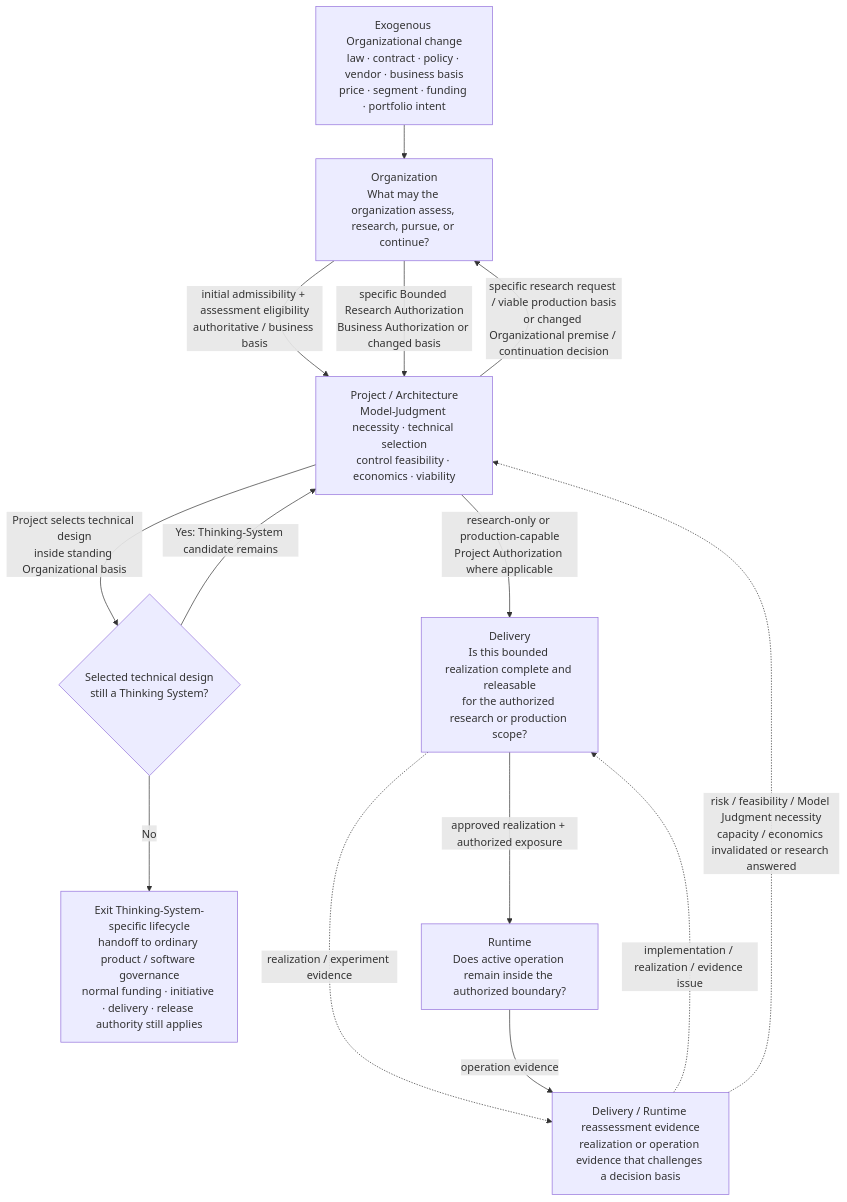
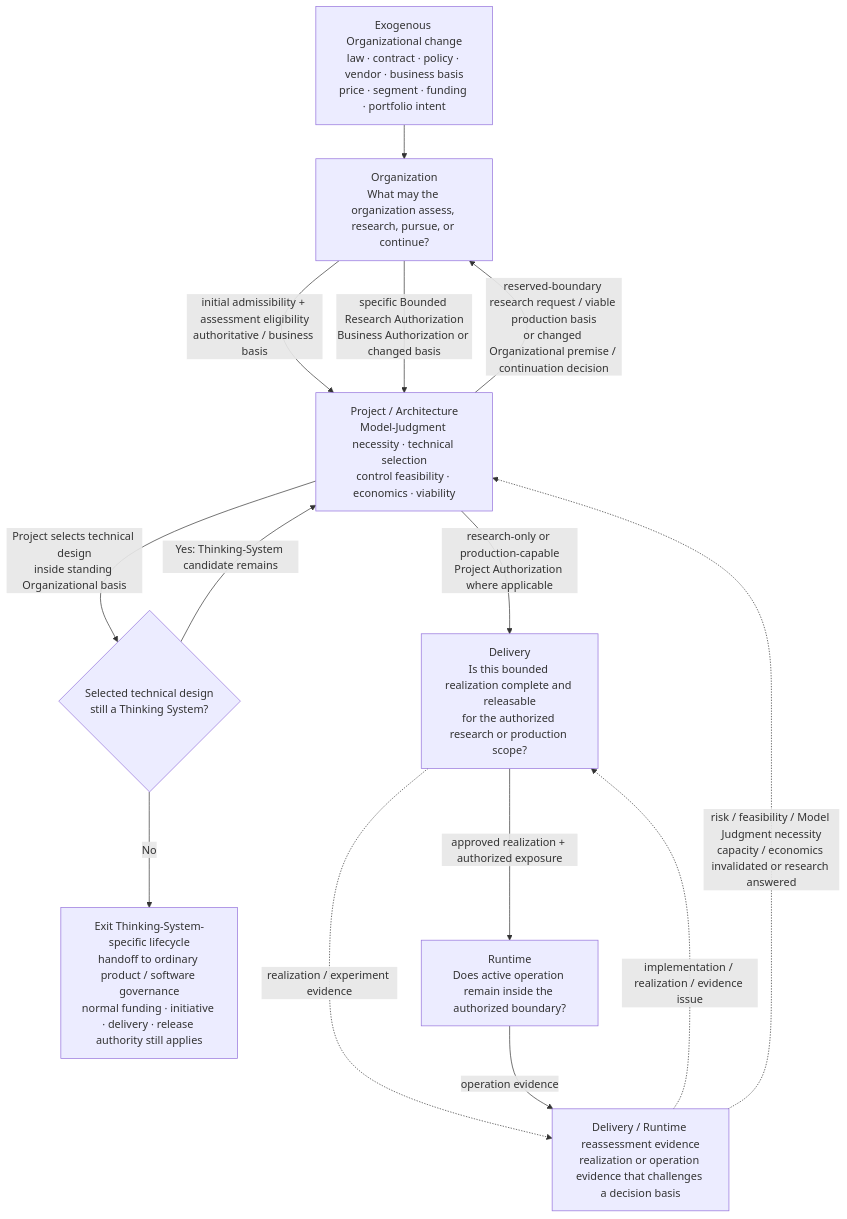
The eighth of 15 diagrams in content/research/notes/open-engineering-specification-article-draft.md (UncertaintyArchitectureGroup/uncertainty-architecture), drawn with Mermaid before and after one commit. The commit also changed other lines of this file and 1 other file, not shown here.

Commit message:
Finish research routing and lifecycle terminology cleanup

````diff
--- a/content/research/notes/open-engineering-specification-article-draft.md
+++ b/content/research/notes/open-engineering-specification-article-draft.md
@@ -479,25 +479,25 @@
 ```mermaid
 flowchart TB
     O["Organization<br/>What may the organization assess, research, pursue, or continue?"]
     P["Project / Architecture<br/>Model-Judgment necessity · technical selection<br/>control feasibility · economics · viability"]
     CAT{"Selected technical design<br/>still a Thinking System?"}
     EXIT["Exit Thinking-System-specific lifecycle<br/>handoff to ordinary product / software governance<br/>normal funding · initiative · delivery · release authority still applies"]
     D["Delivery<br/>Is this bounded realization complete and releasable<br/>for the authorized research or production scope?"]
     R["Runtime<br/>Does active operation remain inside the authorized boundary?"]
     E["Delivery / Runtime reassessment evidence<br/>realization or operation evidence that challenges a decision basis"]
     X["Exogenous Organizational change<br/>law · contract · policy · vendor · business basis<br/>price · segment · funding · portfolio intent"]
 
     O -->|initial admissibility + assessment eligibility<br/>authoritative / business basis| P
     P -->|Project selects technical design<br/>inside standing Organizational basis| CAT
     CAT -->|No| EXIT
     CAT -->|Yes: Thinking-System candidate remains| P
-    P -->|specific research request / viable production basis<br/>or changed Organizational premise / continuation decision| O
+    P -->|reserved-boundary research request / viable production basis<br/>or changed Organizational premise / continuation decision| O
     O -->|specific Bounded Research Authorization<br/>Business Authorization or changed basis| P
     P -->|research-only or production-capable<br/>Project Authorization where applicable| D
     D -->|approved realization + authorized exposure| R
     D -.->|realization / experiment evidence| E
     R -->|operation evidence| E
     E -.->|implementation / realization / evidence issue| D
     E -.->|risk / feasibility / Model Judgment necessity<br/>capacity / economics invalidated or research answered| P
     X --> O
 ```
````
